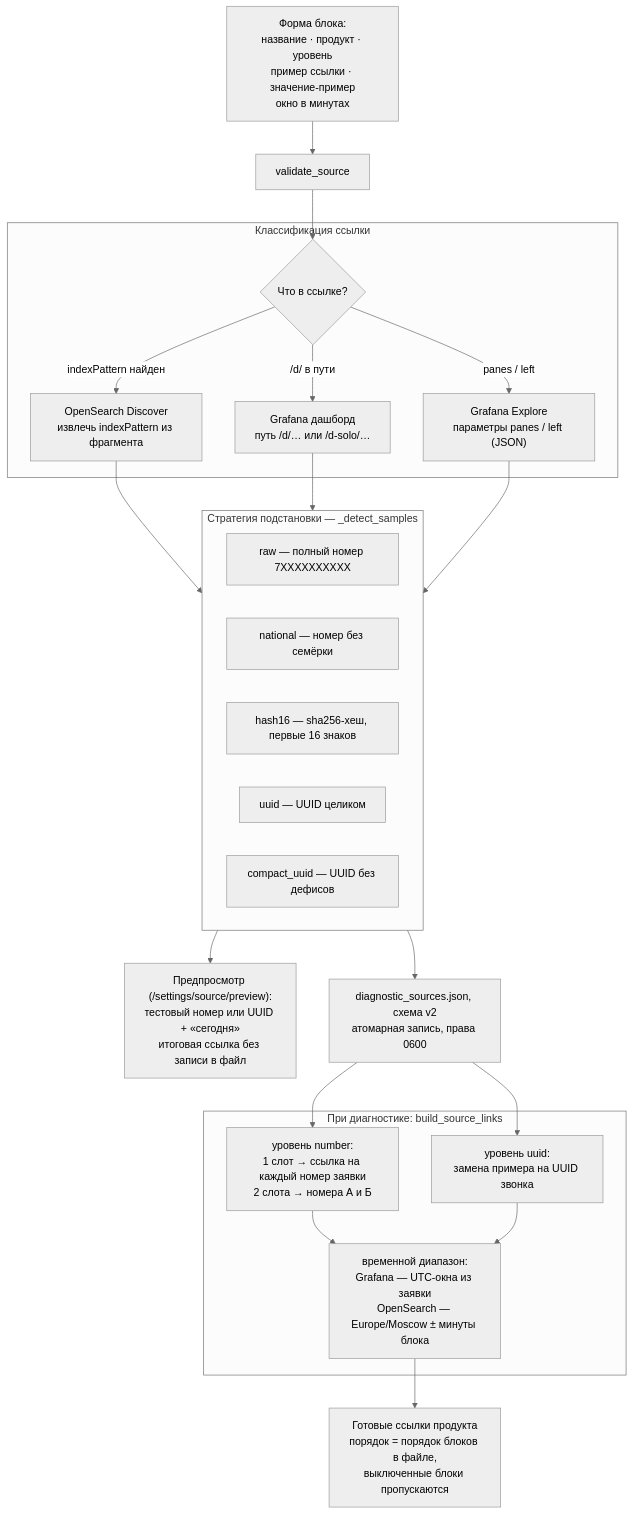
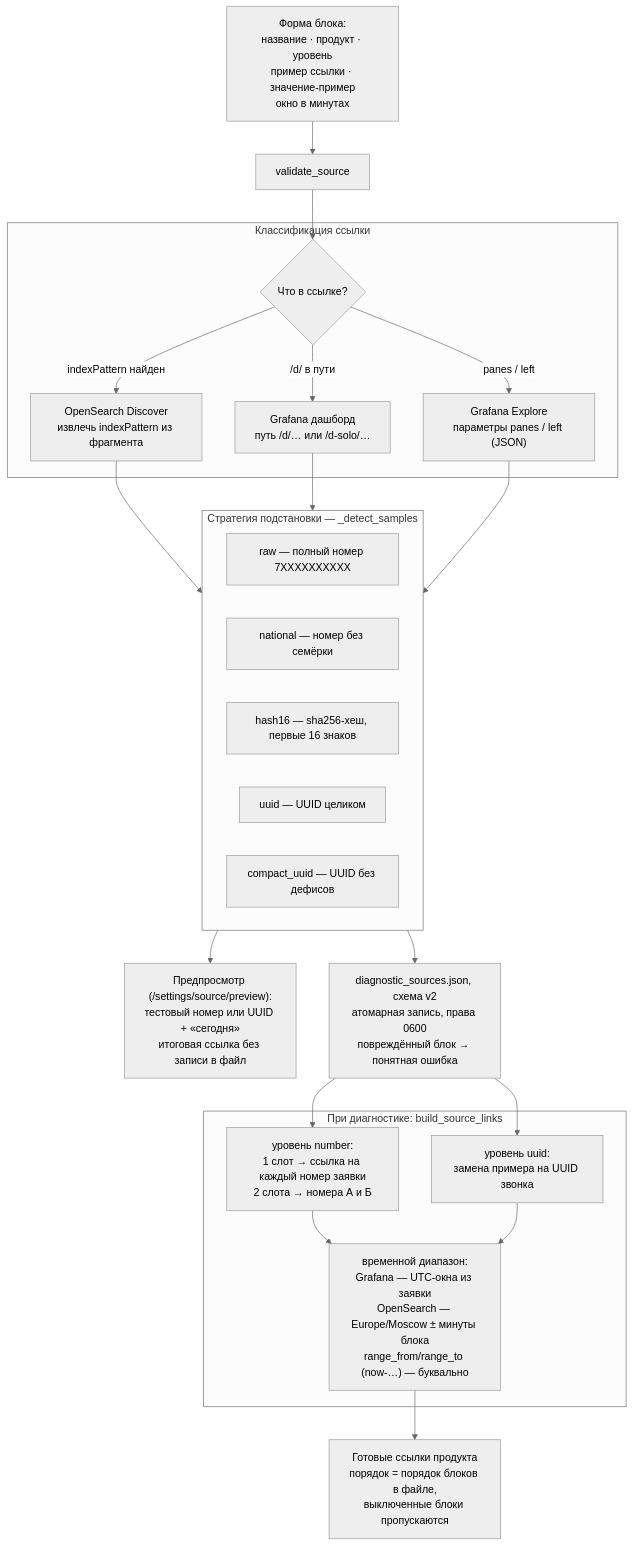
Before and after one commit to shifter1710/l2tool: the fifth of 11 diagrams in docs/ARCHITECTURE.md, drawn with Mermaid (neutral theme). The commit also changed other lines of this file and 1 other file, not shown here.

Commit message:
docs: now-диапазоны, генерация без времени, метки ссылок и хеши

````diff
--- a/docs/ARCHITECTURE.md
+++ b/docs/ARCHITECTURE.md
@@ -180,42 +180,42 @@
 ```mermaid
 flowchart TB
     form["Форма блока:<br/>название · продукт · уровень<br/>пример ссылки · значение-пример<br/>окно в минутах"] --> validate["validate_source"]
 
     subgraph classify["Классификация ссылки"]
         platform{"Что в ссылке?"}
         os["OpenSearch Discover<br/>извлечь indexPattern из фрагмента"]
         dash["Grafana дашборд<br/>путь /d/… или /d-solo/…"]
         explore["Grafana Explore<br/>параметры panes / left (JSON)"]
     end
 
     validate --> platform
     platform -->|indexPattern найден| os
     platform -->|/d/ в пути| dash
     platform -->|"panes / left"| explore
 
     subgraph strategy["Стратегия подстановки — _detect_samples"]
         s1["raw — полный номер 7XXXXXXXXXX"]
         s2["national — номер без семёрки"]
         s3["hash16 — sha256-хеш, первые 16 знаков"]
         s4["uuid — UUID целиком"]
         s5["compact_uuid — UUID без дефисов"]
     end
 
     os --> strategy
     dash --> strategy
     explore --> strategy
     strategy --> preview["Предпросмотр (/settings/source/preview):<br/>тестовый номер или UUID + «сегодня»<br/>итоговая ссылка без записи в файл"]
-    strategy --> store["diagnostic_sources.json, схема v2<br/>атомарная запись, права 0600"]
+    strategy --> store["diagnostic_sources.json, схема v2<br/>атомарная запись, права 0600<br/>повреждённый блок → понятная ошибка"]
 
     subgraph runtime["При диагностике: build_source_links"]
         numbers["уровень number:<br/>1 слот → ссылка на каждый номер заявки<br/>2 слота → номера А и Б"]
         uuids["уровень uuid:<br/>замена примера на UUID звонка"]
-        timerange["временной диапазон:<br/>Grafana — UTC-окна из заявки<br/>OpenSearch — Europe/Moscow ± минуты блока"]
+        timerange["временной диапазон:<br/>Grafana — UTC-окна из заявки<br/>OpenSearch — Europe/Moscow ± минуты блока<br/>range_from/range_to (now-…) — буквально"]
     end
 
     store --> numbers
     store --> uuids
     numbers --> timerange
     uuids --> timerange
     timerange --> links["Готовые ссылки продукта<br/>порядок = порядок блоков в файле,<br/>выключенные блоки пропускаются"]
 ```
````
